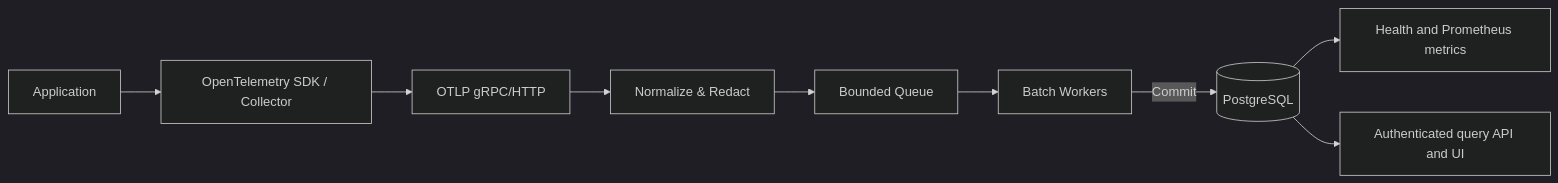
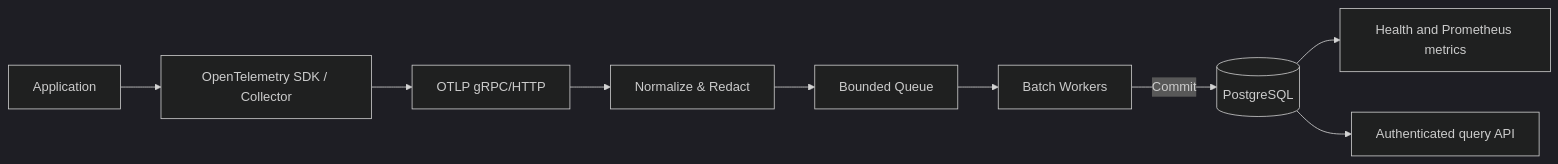
The diagram in README.md (vanquan3008/flight-recorder), drawn with Mermaid (dark theme) before and after one commit. The commit also changed other lines of this file and 164 other files, not shown here.

````diff
--- a/README.md
+++ b/README.md
@@ -9,11 +11,11 @@
 ```mermaid
 flowchart LR
     App[Application] --> OTel[OpenTelemetry SDK / Collector]
     OTel --> Receiver[OTLP gRPC/HTTP]
     Receiver --> Normalize[Normalize & Redact]
     Normalize --> Queue[Bounded Queue]
     Queue --> Batch[Batch Workers]
     Batch -->|Commit| PG[(PostgreSQL)]
     PG --> Health[Health and Prometheus metrics]
-    PG --> API[Authenticated query API and UI]
+    PG --> API[Authenticated query API]
 ```
````
